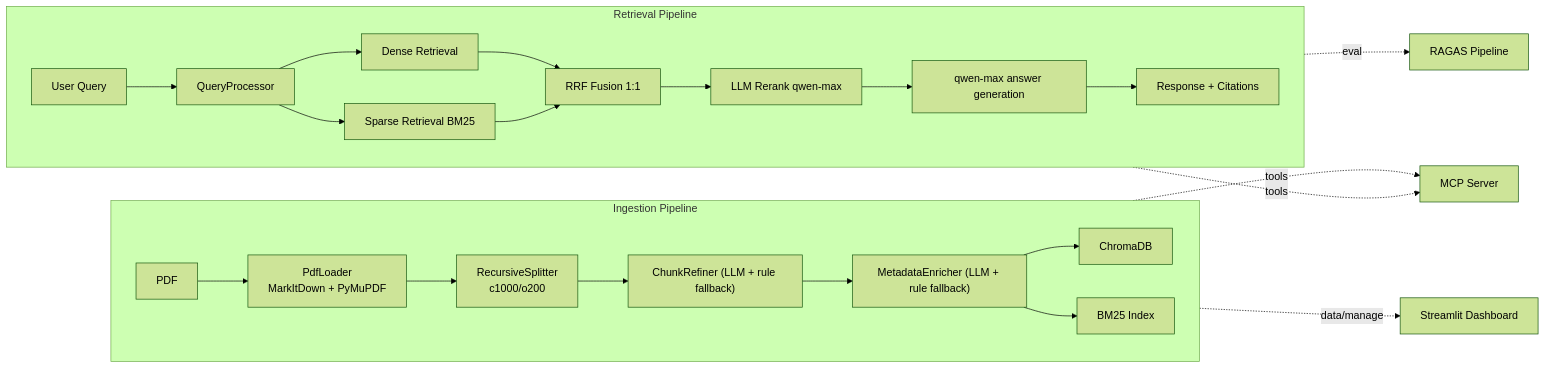
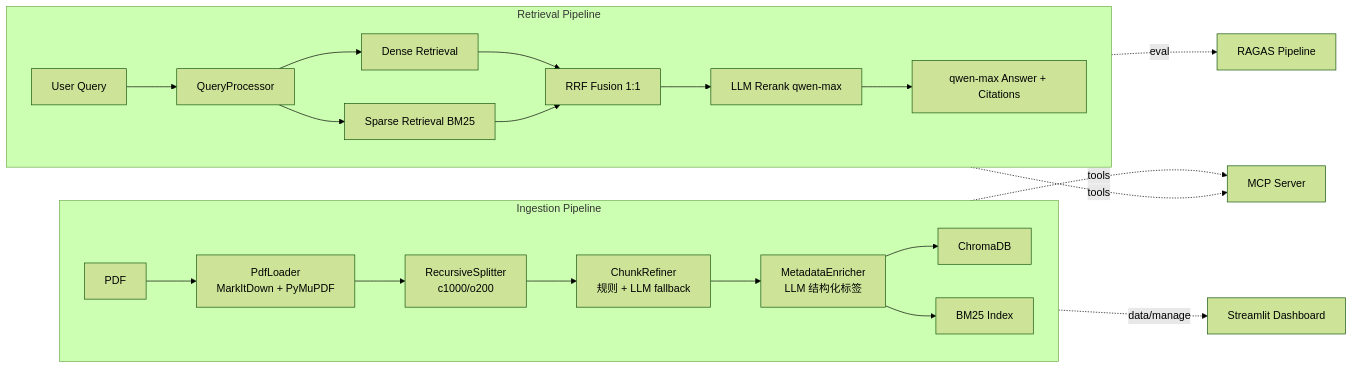
Before and after one commit to KUNNventure/MathRAG: the diagram in README.md, drawn with Mermaid (forest theme). The commit also changed other lines of this file, not shown here.

````diff
--- a/README.md
+++ b/README.md
@@ -38,29 +80,28 @@
 ```mermaid
 flowchart LR
     subgraph Ingestion["Ingestion Pipeline"]
         direction LR
         A["PDF"] --> B["PdfLoader<br/>MarkItDown + PyMuPDF"]
         B --> C["RecursiveSplitter<br/>c1000/o200"]
-        C --> D["ChunkRefiner (LLM + rule fallback)"]
-        D --> E["MetadataEnricher (LLM + rule fallback)"]
+        C --> D["ChunkRefiner<br/>规则 + LLM fallback"]
+        D --> E["MetadataEnricher<br/>LLM 结构化标签"]
         E --> F["ChromaDB"]
         E --> G["BM25 Index"]
     end
 
     subgraph Retrieval["Retrieval Pipeline"]
         direction LR
         Q["User Query"] --> P["QueryProcessor"]
         P --> H["Dense Retrieval"]
         P --> I["Sparse Retrieval BM25"]
         H --> J["RRF Fusion 1:1"]
         I --> J
         J --> K["LLM Rerank qwen-max"]
-        K --> L["qwen-max answer generation"]
-        L --> M["Response + Citations"]
+        K --> L["qwen-max Answer + Citations"]
     end
 
     Ingestion -. data/manage .-> N["Streamlit Dashboard"]
     Retrieval -. eval .-> O["RAGAS Pipeline"]
     Ingestion -. tools .-> S["MCP Server"]
     Retrieval -. tools .-> S
 ```
````
